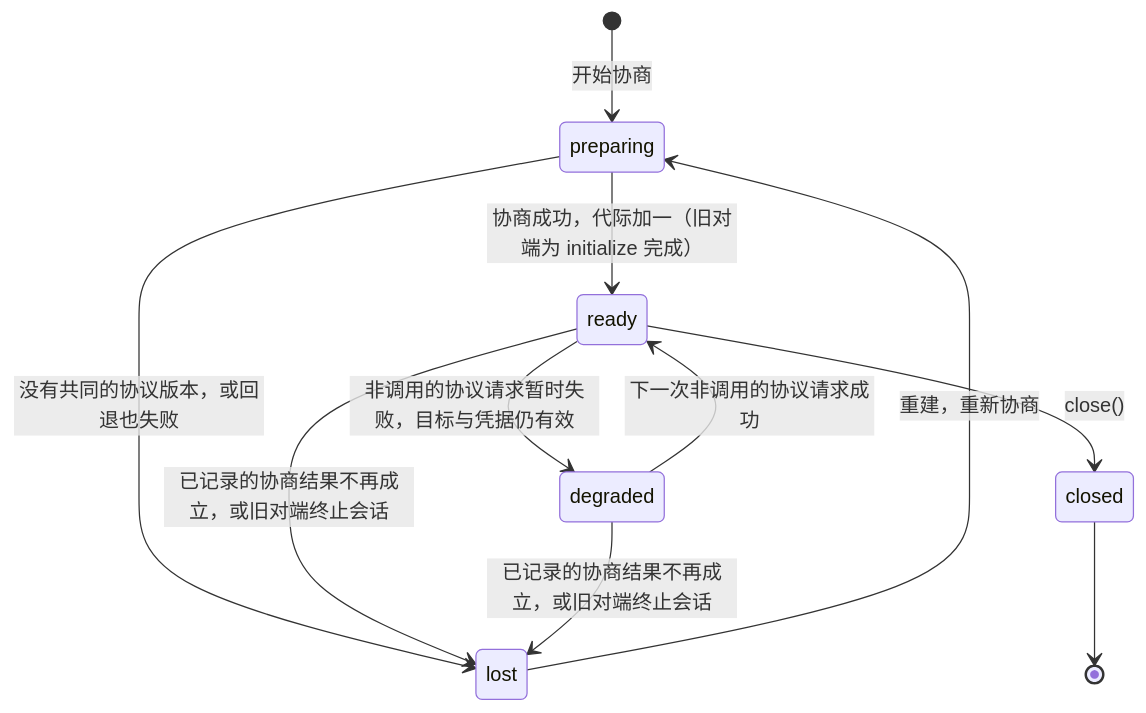
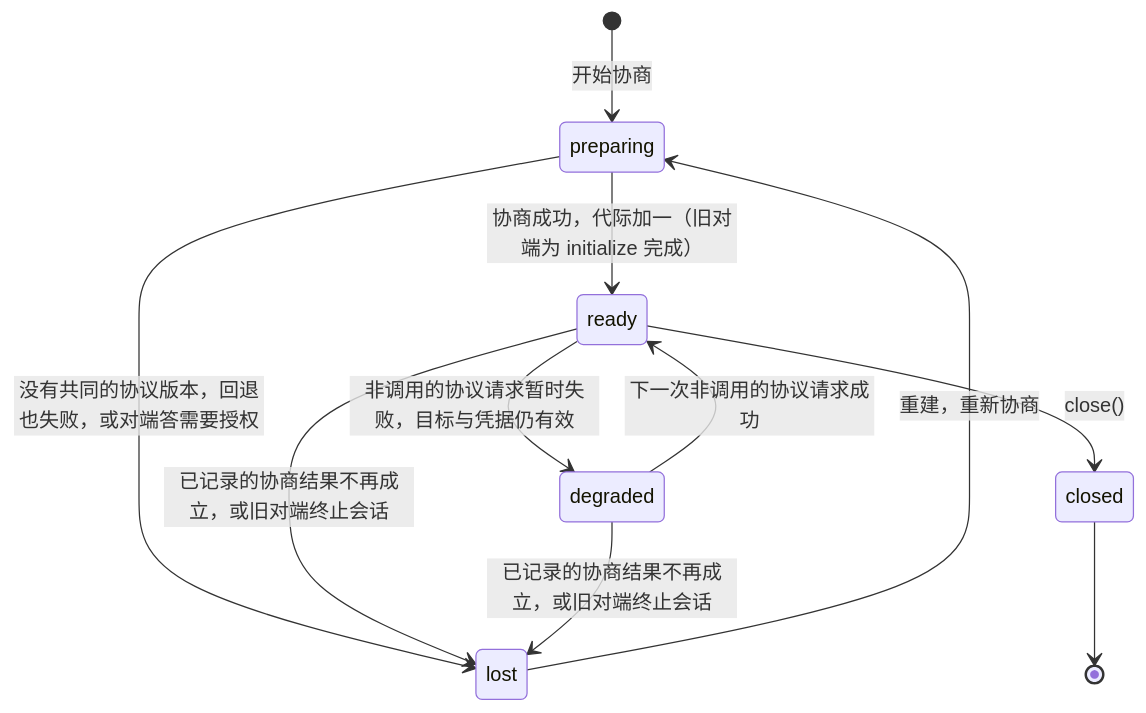
One commit to nemori-ai/omne-harness-lite changed the third of 3 diagrams in packages/mcp/docs/architecture.md. Above: the diagram before and after it, drawn with Mermaid. The commit also changed other lines of this file and 5 other files, not shown here.

````diff
--- a/packages/mcp/docs/architecture.md
+++ b/packages/mcp/docs/architecture.md
@@ -186,13 +229,13 @@
 ```mermaid
 stateDiagram-v2
     [*] --> preparing : 开始协商
     preparing --> ready : 协商成功，代际加一（旧对端为 initialize 完成）
-    preparing --> lost : 没有共同的协议版本，或回退也失败
+    preparing --> lost : 没有共同的协议版本，回退也失败，或对端答需要授权
     ready --> degraded : 非调用的协议请求暂时失败，目标与凭据仍有效
     degraded --> ready : 下一次非调用的协议请求成功
     ready --> lost : 已记录的协商结果不再成立，或旧对端终止会话
     degraded --> lost : 已记录的协商结果不再成立，或旧对端终止会话
     lost --> preparing : 重建，重新协商
     ready --> closed : close()
     closed --> [*]
 ```
````
